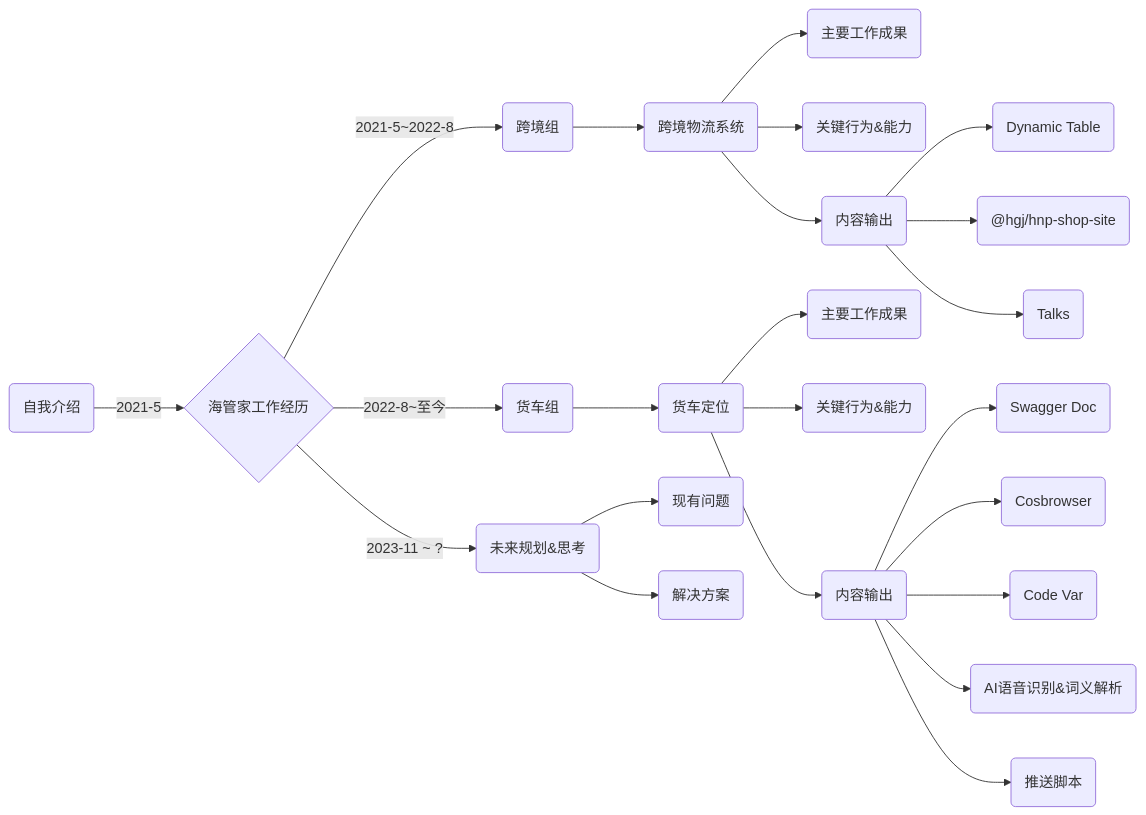
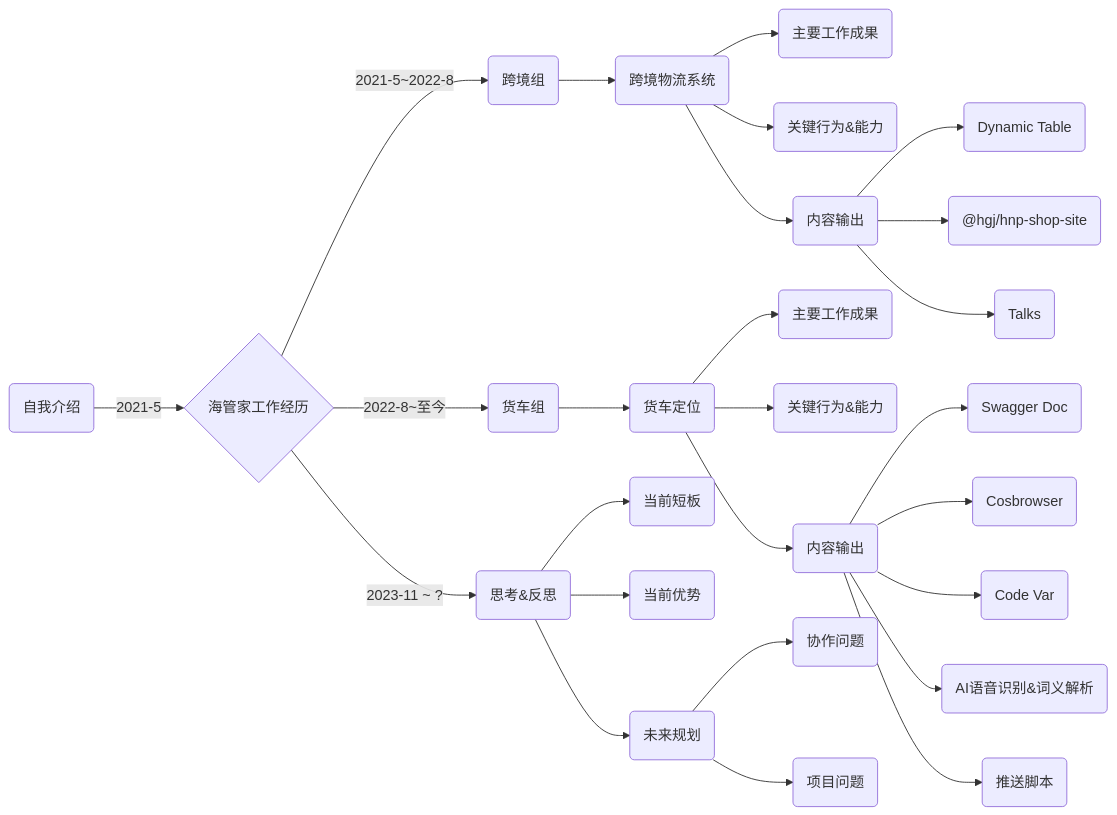
Before and after one commit to wingsheep/talks: the diagram in 2023-11-24/src/slides.md, drawn with Mermaid. The commit also changed other lines of this file and 1 other file, not shown here.

````diff
--- a/2023-11-24/src/slides.md
+++ b/2023-11-24/src/slides.md
@@ -50,49 +50,57 @@
 ```mermaid {theme: 'neutral', scale: 0.5}
 graph LR
 A(自我介绍) --> |"2021-5"| B{海管家工作经历}
 B -->|"2021-5~2022-8"| C(跨境组)
 B -->|"2022-8~至今"| D(货车组)
 C --> E(跨境物流系统)
 D --> F(货车定位)
 E --> G(主要工作成果)
 E --> H(关键行为&能力)
 E --> K(内容输出)
 K --> X(Dynamic Table)
 K --> Y("@hgj/hnp-shop-site")
 K --> R(Talks)
 F --> I(主要工作成果)
 F --> J(关键行为&能力)
 F --> M(内容输出)
 M --> N(Swagger Doc)
 M --> L(Cosbrowser)
 M --> P(Code Var)
 M --> Q(AI语音识别&词义解析)
 M --> S(推送脚本)
-B --> |"2023-11 ~ ?"| Z(未来规划&思考)
-Z --> O(现有问题)
-Z --> T(解决方案)
+B --> |"2023-11 ~ ?"| Z(思考&反思)
+Z --> V(当前短板)
+Z --> U(当前优势)
+Z --> GH(未来规划)
+GH --> WT(协作问题)
+GH --> JN(项目问题)
+
 click B "./4"
 click C "./5"
 click D "./8"
 click E "./6"
 click F "./9"
 click G "./7?clicks=3"
 click H "./7?clicks=3"
 click K "./7?clicks=3"
 click X "./7?clicks=3"
 click Y "./7?clicks=3"
 click R "./7?clicks=3"
 click I "./10?clicks=3"
 click J "./10?clicks=3"
 click M "./10?clicks=3"
 click N "./11"
 click L "./12"
 click P "./13"
 click Q "./13"
 click S "./15"
 click Z "./16"
-click O "./17"
-click T "./17"
+click V "./17?clicks=8"
+click U "./17?clicks=8"
+click GH "./19?clicks=3"
+click WT "./20?clicks=8"
+click JN "./20?clicks=8"
+
 
 
 ```
````
